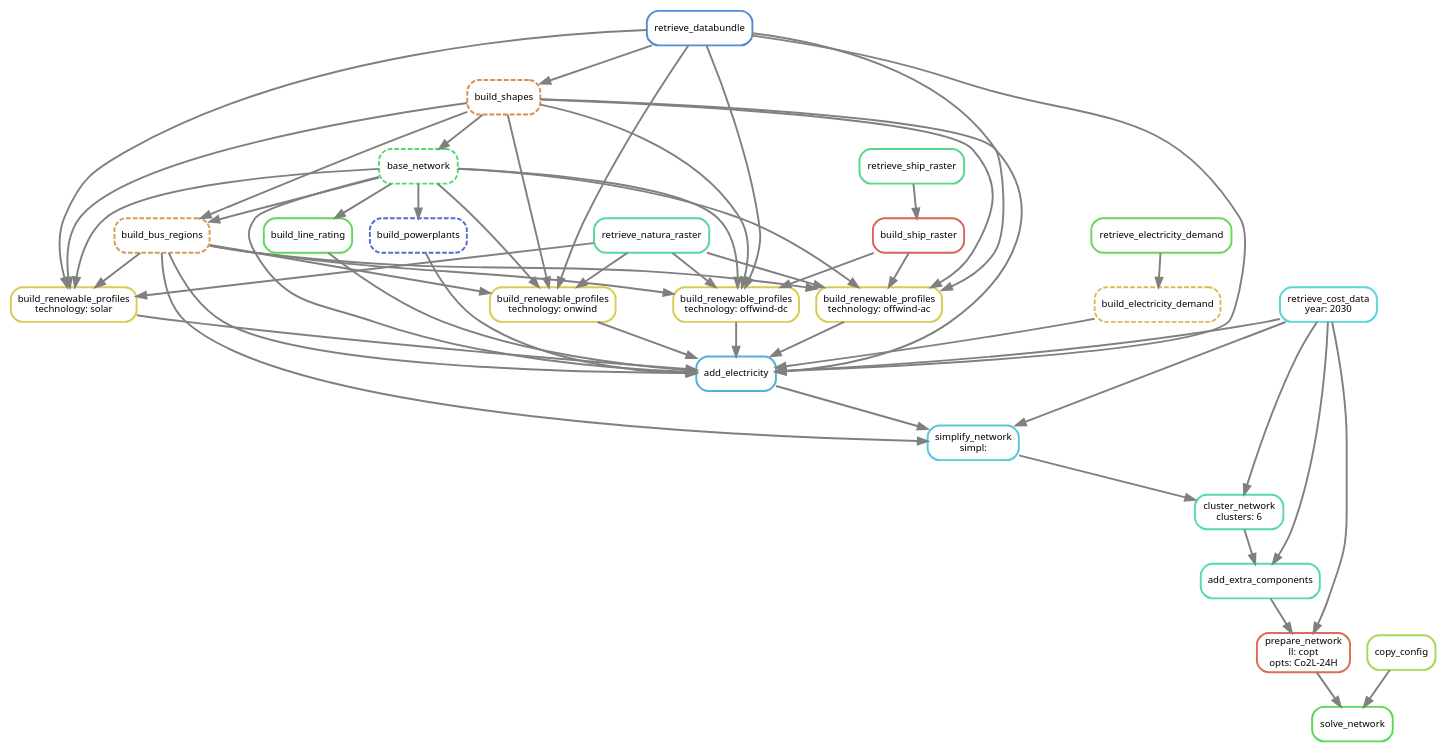
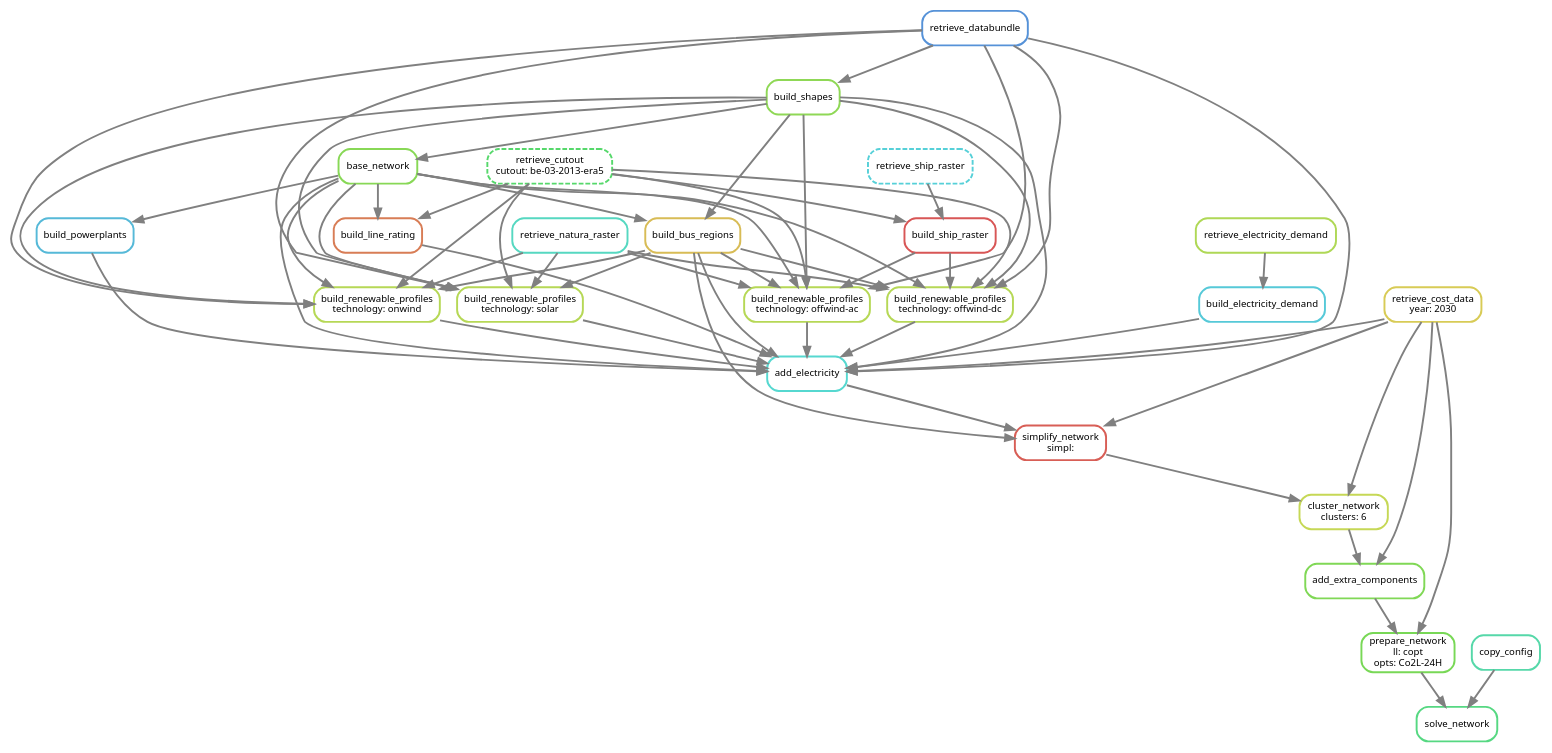
The diagram in doc/tutorial.rst (AGGM-AG/pypsa-at), drawn with Graphviz before and after one commit. The commit also changed other lines of this file and 7 other files, not shown here.

Commit message:
update workflow charts

```diff
--- a/doc/tutorial.rst
+++ b/doc/tutorial.rst
@@ -133,80 +133,87 @@
         graph[bgcolor=white, margin=0];
         node[shape=box, style=rounded, fontname=sans,                 fontsize=10, penwidth=2];
         edge[penwidth=2, color=grey];
-            0[label = "solve_network", color = "0.33 0.6 0.85", style="rounded"];
-            1[label = "prepare_network\nll: copt\nopts: Co2L-24H", color = "0.03 0.6 0.85", style="rounded"];
-            2[label = "add_extra_components", color = "0.45 0.6 0.85", style="rounded"];
-            3[label = "cluster_network\nclusters: 6", color = "0.46 0.6 0.85", style="rounded"];
-            4[label = "simplify_network\nsimpl: ", color = "0.52 0.6 0.85", style="rounded"];
-            5[label = "add_electricity", color = "0.55 0.6 0.85", style="rounded"];
-            6[label = "build_renewable_profiles\ntechnology: solar", color = "0.15 0.6 0.85", style="rounded"];
-            7[label = "base_network", color = "0.37 0.6 0.85", style="rounded,dashed"];
-            8[label = "build_shapes", color = "0.07 0.6 0.85", style="rounded,dashed"];
-            9[label = "retrieve_databundle", color = "0.60 0.6 0.85", style="rounded"];
-            10[label = "retrieve_natura_raster", color = "0.42 0.6 0.85", style="rounded"];
-            11[label = "build_bus_regions", color = "0.09 0.6 0.85", style="rounded,dashed"];
-            12[label = "build_renewable_profiles\ntechnology: onwind", color = "0.15 0.6 0.85", style="rounded"];
-            13[label = "build_renewable_profiles\ntechnology: offwind-ac", color = "0.15 0.6 0.85", style="rounded"];
-            14[label = "build_ship_raster", color = "0.02 0.6 0.85", style="rounded"];
-            15[label = "retrieve_ship_raster", color = "0.40 0.6 0.85", style="rounded"];
-            16[label = "build_renewable_profiles\ntechnology: offwind-dc", color = "0.15 0.6 0.85", style="rounded"];
-            17[label = "build_line_rating", color = "0.32 0.6 0.85", style="rounded"];
-            18[label = "retrieve_cost_data\nyear: 2030", color = "0.50 0.6 0.85", style="rounded"];
-            19[label = "build_powerplants", color = "0.64 0.6 0.85", style="rounded,dashed"];
-            20[label = "build_electricity_demand", color = "0.13 0.6 0.85", style="rounded,dashed"];
-            21[label = "retrieve_electricity_demand", color = "0.31 0.6 0.85", style="rounded"];
-            22[label = "copy_config", color = "0.23 0.6 0.85", style="rounded"];
+            0[label = "solve_network", color = "0.39 0.6 0.85", style="rounded"];
+            1[label = "prepare_network\nll: copt\nopts: Co2L-24H", color = "0.29 0.6 0.85", style="rounded"];
+            2[label = "add_extra_components", color = "0.28 0.6 0.85", style="rounded"];
+            3[label = "cluster_network\nclusters: 6", color = "0.19 0.6 0.85", style="rounded"];
+            4[label = "simplify_network\nsimpl: ", color = "0.01 0.6 0.85", style="rounded"];
+            5[label = "add_electricity", color = "0.49 0.6 0.85", style="rounded"];
+            6[label = "build_renewable_profiles\ntechnology: solar", color = "0.21 0.6 0.85", style="rounded"];
+            7[label = "base_network", color = "0.27 0.6 0.85", style="rounded"];
+            8[label = "build_shapes", color = "0.26 0.6 0.85", style="rounded"];
+            9[label = "retrieve_databundle", color = "0.59 0.6 0.85", style="rounded"];
+            10[label = "retrieve_natura_raster", color = "0.47 0.6 0.85", style="rounded"];
+            11[label = "build_bus_regions", color = "0.13 0.6 0.85", style="rounded"];
+            12[label = "retrieve_cutout\ncutout: be-03-2013-era5", color = "0.36 0.6 0.85", style="rounded,dashed"];
+            13[label = "build_renewable_profiles\ntechnology: onwind", color = "0.21 0.6 0.85", style="rounded"];
+            14[label = "build_renewable_profiles\ntechnology: offwind-ac", color = "0.21 0.6 0.85", style="rounded"];
+            15[label = "build_ship_raster", color = "0.00 0.6 0.85", style="rounded"];
+            16[label = "retrieve_ship_raster", color = "0.51 0.6 0.85", style="rounded,dashed"];
+            17[label = "build_renewable_profiles\ntechnology: offwind-dc", color = "0.21 0.6 0.85", style="rounded"];
+            18[label = "build_line_rating", color = "0.05 0.6 0.85", style="rounded"];
+            19[label = "retrieve_cost_data\nyear: 2030", color = "0.15 0.6 0.85", style="rounded"];
+            20[label = "build_powerplants", color = "0.54 0.6 0.85", style="rounded"];
+            21[label = "build_electricity_demand", color = "0.52 0.6 0.85", style="rounded"];
+            22[label = "retrieve_electricity_demand", color = "0.22 0.6 0.85", style="rounded"];
+            23[label = "copy_config", color = "0.44 0.6 0.85", style="rounded"];
             1 -> 0
-            22 -> 0
+            23 -> 0
             2 -> 1
-            18 -> 1
+            19 -> 1
             3 -> 2
-            18 -> 2
+            19 -> 2
             4 -> 3
-            18 -> 3
+            19 -> 3
             5 -> 4
-            18 -> 4
+            19 -> 4
             11 -> 4
             6 -> 5
-            12 -> 5
             13 -> 5
-            16 -> 5
+            14 -> 5
+            17 -> 5
             7 -> 5
-            17 -> 5
             18 -> 5
+            19 -> 5
             11 -> 5
-            19 -> 5
+            20 -> 5
             9 -> 5
-            20 -> 5
+            21 -> 5
             8 -> 5
             7 -> 6
             9 -> 6
             10 -> 6
             8 -> 6
             11 -> 6
+            12 -> 6
             8 -> 7
             9 -> 8
             8 -> 11
             7 -> 11
-            7 -> 12
-            9 -> 12
-            10 -> 12
-            8 -> 12
-            11 -> 12
             7 -> 13
             9 -> 13
             10 -> 13
-            14 -> 13
             8 -> 13
             11 -> 13
+            12 -> 13
+            7 -> 14
+            9 -> 14
+            10 -> 14
             15 -> 14
-            7 -> 16
-            9 -> 16
-            10 -> 16
-            14 -> 16
-            8 -> 16
-            11 -> 16
+            8 -> 14
+            11 -> 14
+            12 -> 14
+            16 -> 15
+            12 -> 15
             7 -> 17
-            7 -> 19
-            21 -> 20
+            9 -> 17
+            10 -> 17
+            15 -> 17
+            8 -> 17
+            11 -> 17
+            12 -> 17
+            7 -> 18
+            12 -> 18
+            7 -> 20
+            22 -> 21
     }
```
